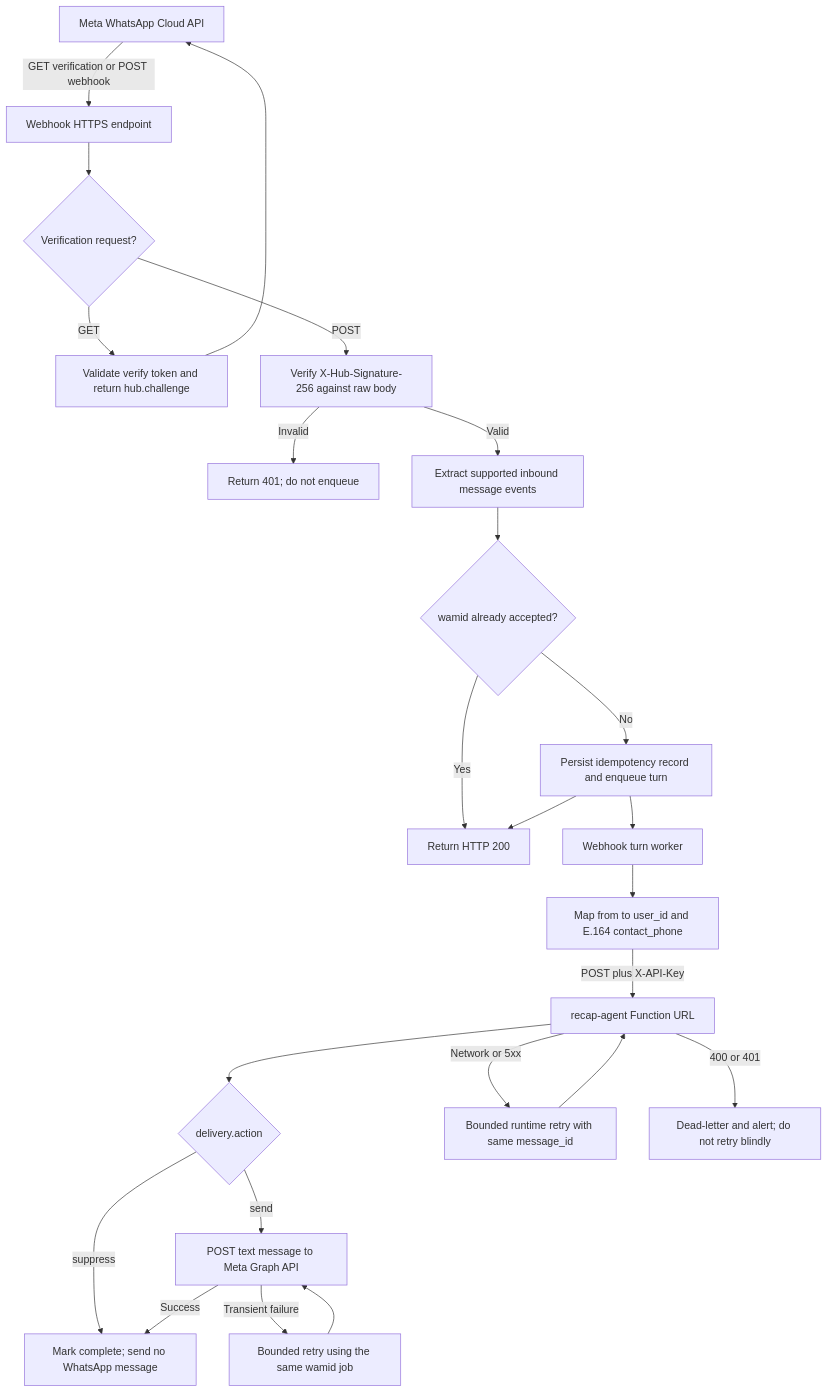
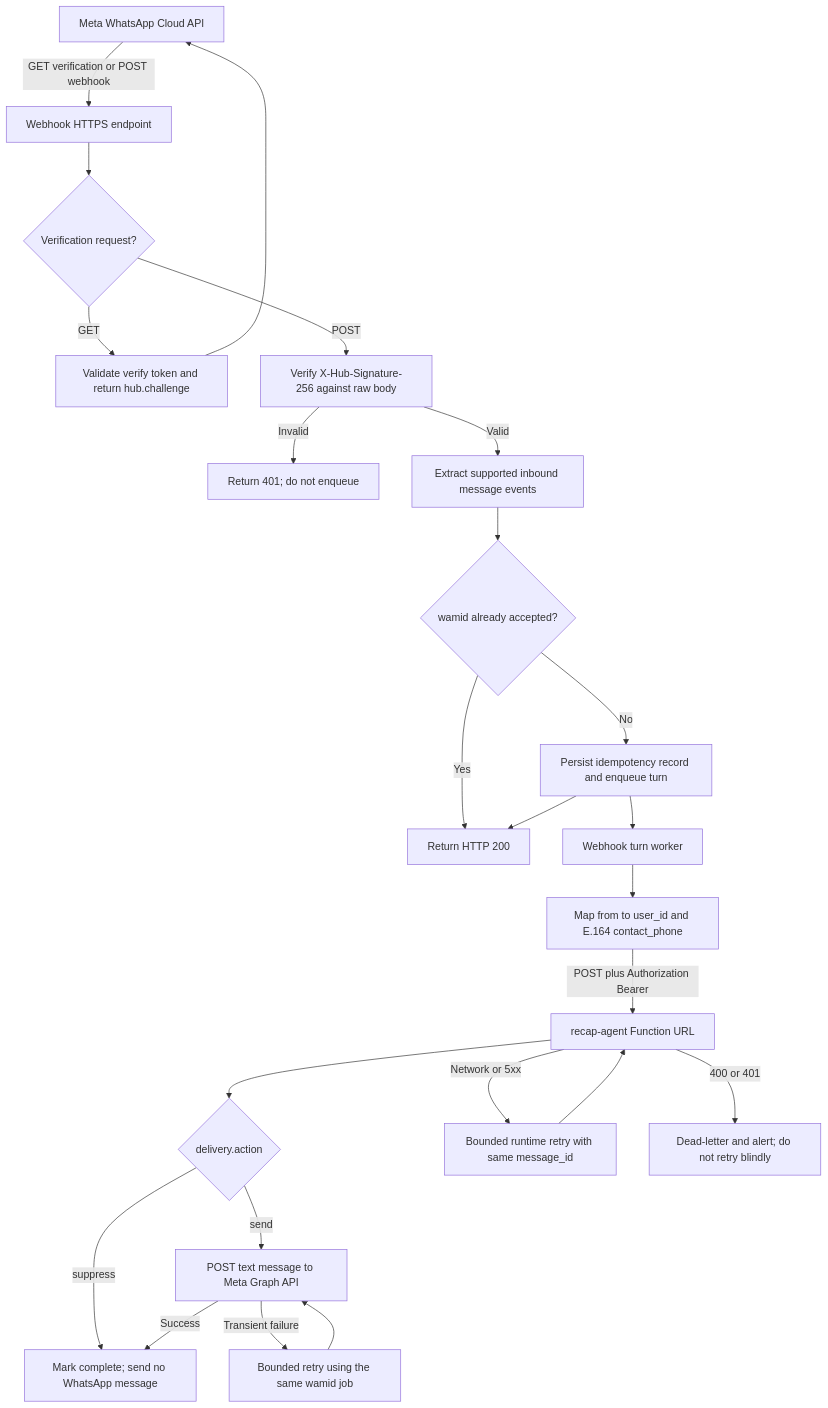
The diagram in docs/channel-integration.md (pdellepiane/recap-agent), drawn with Mermaid before and after one commit. The commit also changed other lines of this file and 17 other files, not shown here.

````diff
--- a/docs/channel-integration.md
+++ b/docs/channel-integration.md
@@ -321,26 +333,26 @@
 ```mermaid
 flowchart TD
     META["Meta WhatsApp Cloud API"] -->|"GET verification or POST webhook"| WEBHOOK["Webhook HTTPS endpoint"]
     WEBHOOK --> KIND{"Verification request?"}
     KIND -->|"GET"| VERIFY["Validate verify token and return hub.challenge"]
     VERIFY --> META
     KIND -->|"POST"| SIGNATURE["Verify X-Hub-Signature-256 against raw body"]
     SIGNATURE -->|"Invalid"| REJECT["Return 401; do not enqueue"]
     SIGNATURE -->|"Valid"| PARSE["Extract supported inbound message events"]
     PARSE --> DEDUPE{"wamid already accepted?"}
     DEDUPE -->|"Yes"| ACK["Return HTTP 200"]
     DEDUPE -->|"No"| STORE["Persist idempotency record and enqueue turn"]
     STORE --> ACK
     STORE --> WORKER["Webhook turn worker"]
     WORKER --> MAP["Map from to user_id and E.164 contact_phone"]
-    MAP -->|"POST plus X-API-Key"| RUNTIME["recap-agent Function URL"]
+    MAP -->|"POST plus Authorization Bearer"| RUNTIME["recap-agent Function URL"]
     RUNTIME --> DELIVERY{"delivery.action"}
     DELIVERY -->|"suppress"| COMPLETE["Mark complete; send no WhatsApp message"]
     DELIVERY -->|"send"| SEND["POST text message to Meta Graph API"]
     SEND -->|"Success"| COMPLETE
     SEND -->|"Transient failure"| RETRY["Bounded retry using the same wamid job"]
     RETRY --> SEND
     RUNTIME -->|"Network or 5xx"| RUNTIME_RETRY["Bounded runtime retry with same message_id"]
     RUNTIME_RETRY --> RUNTIME
     RUNTIME -->|"400 or 401"| CONFIG_ERROR["Dead-letter and alert; do not retry blindly"]
 ```
````
